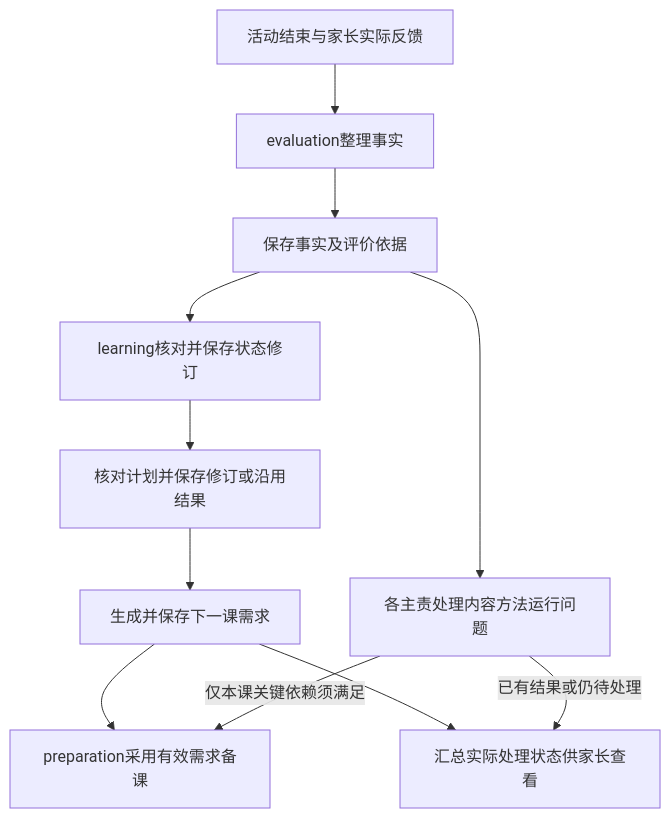
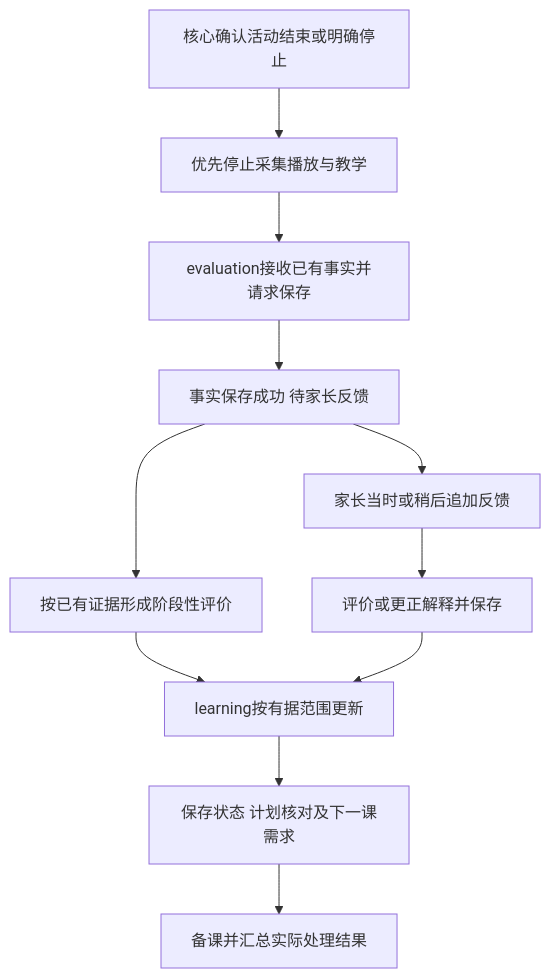
The diagram in design/shared/execution-recovery.md (AltairEven/ProjectJ), drawn with Mermaid before and after one commit. The commit also changed other lines of this file and 69 other files, not shown here.

````diff
--- a/design/shared/execution-recovery.md
+++ b/design/shared/execution-recovery.md
@@ -30,13 +28,13 @@
 ```mermaid
 flowchart TD
-    A[活动结束与家长实际反馈] --> B[evaluation整理事实]
-    B --> C[保存事实及评价依据]
-    C --> D[learning核对并保存状态修订]
-    D --> E[核对计划并保存修订或沿用结果]
-    E --> F[生成并保存下一课需求]
-    F --> G[preparation采用有效需求备课]
-    C --> H[各主责处理内容方法运行问题]
-    H -->|仅本课关键依赖须满足| G
-    F --> R[汇总实际处理状态供家长查看]
-    H -->|已有结果或仍待处理| R
+    A[核心确认活动结束或明确停止] --> B[优先停止采集播放与教学]
+    B --> C[evaluation接收已有事实并请求保存]
+    C --> D[事实保存成功 待家长反馈]
+    D --> E[按已有证据形成阶段性评价]
+    D --> F[家长当时或稍后追加反馈]
+    F --> G[评价或更正解释并保存]
+    E --> H[learning按有据范围更新]
+    G --> H
+    H --> I[保存状态 计划核对及下一课需求]
+    I --> J[备课并汇总实际处理结果]
 ```
````
